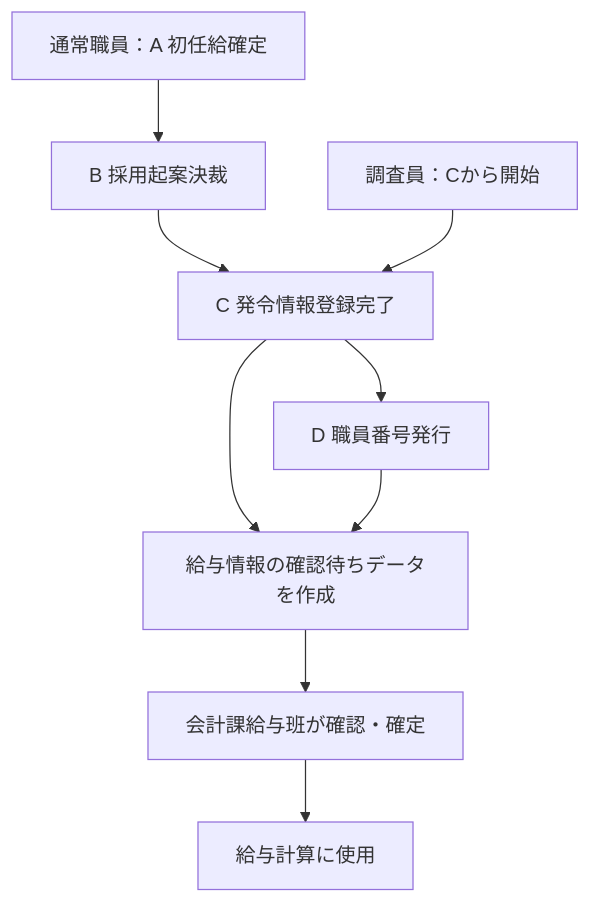
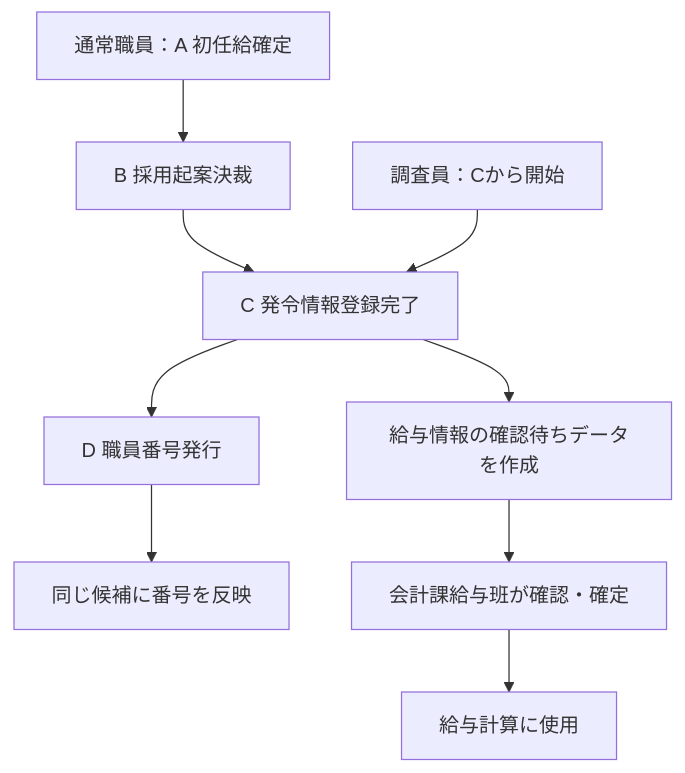
One commit to hirokazu601218/PowerAppsCanvasAppUI changed the first of 2 diagrams in docs/requirements/business-requirements.md. Above: the diagram before and after it, drawn with Mermaid. The commit also changed other lines of this file, not shown here.

Commit message:
docs: show staff number as independent follow-up

````diff
--- a/docs/requirements/business-requirements.md
+++ b/docs/requirements/business-requirements.md
@@ -26,11 +26,11 @@
 ```mermaid
 flowchart TB
     A["通常職員：A 初任給確定"] --> B["B 採用起案決裁"]
     B --> C["C 発令情報登録完了"]
     I["調査員：Cから開始"] --> C
     C --> E["給与情報の確認待ちデータを作成"]
     C --> D["D 職員番号発行"]
-    D --> E
+    D --> R["同じ候補に番号を反映"]
     E --> K["会計課給与班が確認・確定"]
     K --> P["給与計算に使用"]
 ```
````
